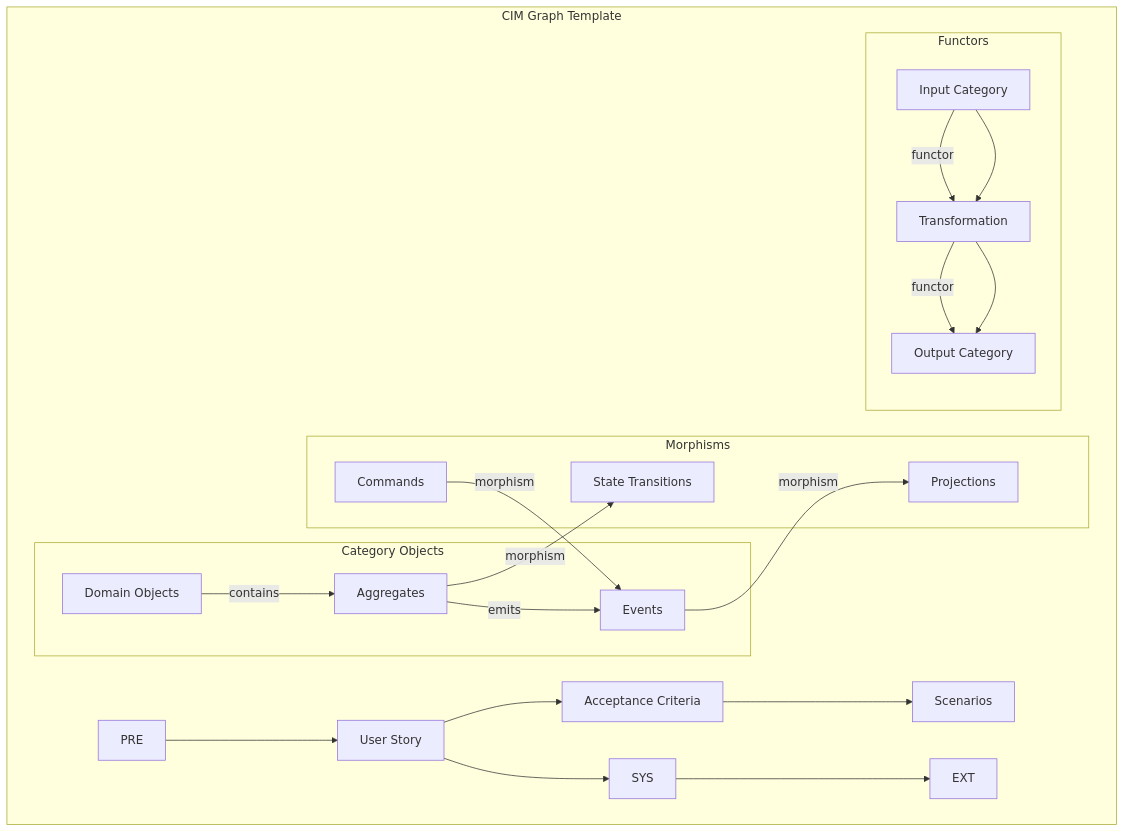
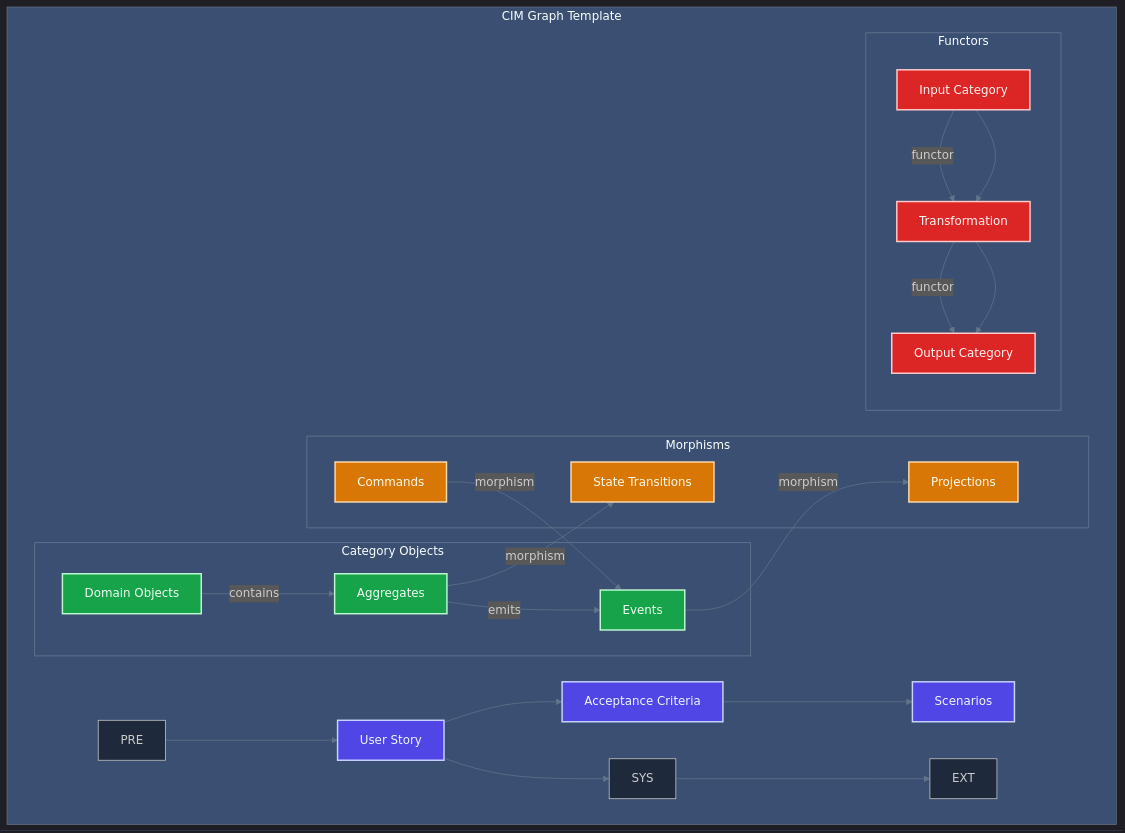
The first of 4 diagrams in .claude/agents/bdd-expert.md (TheCowboyAI/cim-start), drawn with Mermaid before and after one commit. The commit also changed other lines of this file and 33 other files, not shown here.

````diff
--- a/.claude/agents/bdd-expert.md
+++ b/.claude/agents/bdd-expert.md
@@ -98,35 +122,46 @@
 ```mermaid
+%%{init: {"theme":"dark","themeVariables":{"primaryColor":"#4f46e5","primaryTextColor":"#f8fafc","primaryBorderColor":"#6366f1","lineColor":"#64748b","secondaryColor":"#1e293b","tertiaryColor":"#0f172a","background":"#0f172a","mainBkg":"#1e293b","secondBkg":"#334155","tertiaryBkg":"#475569"}}}%%
 graph TB
     subgraph "CIM Graph Template"
         US[User Story]
         AC[Acceptance Criteria]
         SC[Scenarios]
         
         subgraph "Category Objects"
             DOM[Domain Objects]
             AGG[Aggregates]
             EVT[Events]
         end
         
         subgraph "Morphisms"
             CMD[Commands] -->|morphism| EVT
             EVT -->|morphism| PROJ[Projections]
             AGG -->|morphism| STATE[State Transitions]
         end
         
         subgraph "Functors"
             IN[Input Category] -->|functor| TRANS[Transformation]
             TRANS -->|functor| OUT[Output Category]
         end
         
         US --> AC
         AC --> SC
         DOM -->|contains| AGG
         AGG -->|emits| EVT
         PRE --> US
         US --> SYS
         SYS --> EXT
         IN --> TRANS
         TRANS --> OUT
     end
+    
+    classDef storyNode fill:#4f46e5,stroke:#c7d2fe,stroke-width:2px,color:#f1f5f9
+    classDef objectNode fill:#16a34a,stroke:#bbf7d0,stroke-width:2px,color:#f0fdf4
+    classDef morphismNode fill:#d97706,stroke:#fed7aa,stroke-width:2px,color:#fffbeb
+    classDef functorNode fill:#dc2626,stroke:#fecaca,stroke-width:2px,color:#fef2f2
+    
+    class US,AC,SC storyNode
+    class DOM,AGG,EVT objectNode
+    class CMD,PROJ,STATE morphismNode
+    class IN,TRANS,OUT functorNode
 ```
````
